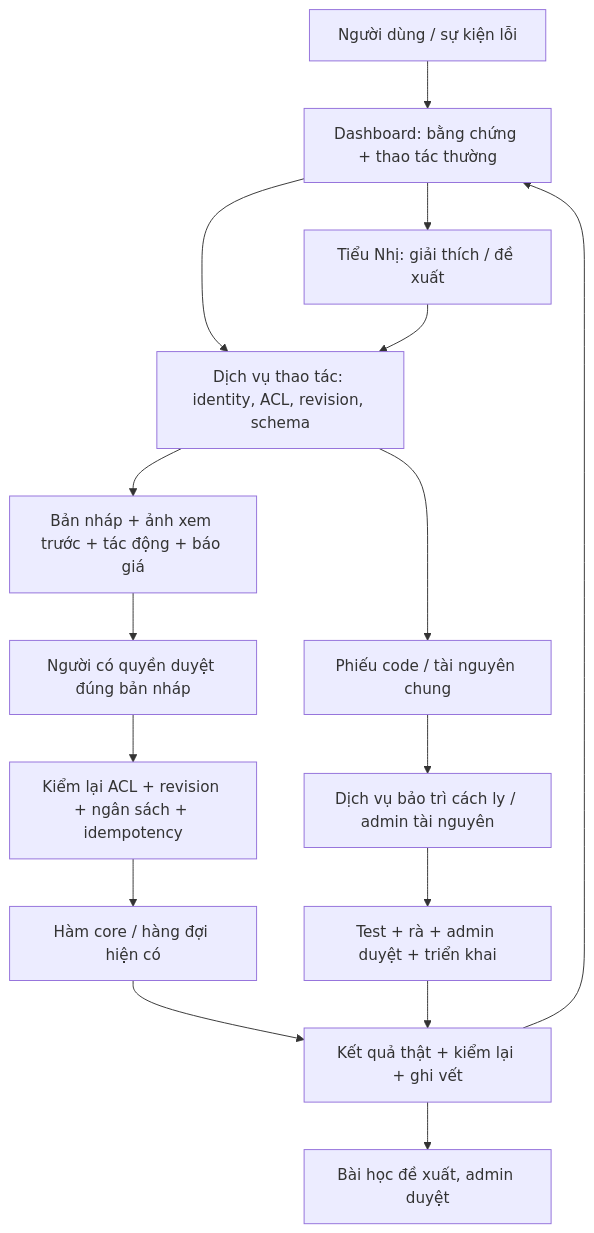
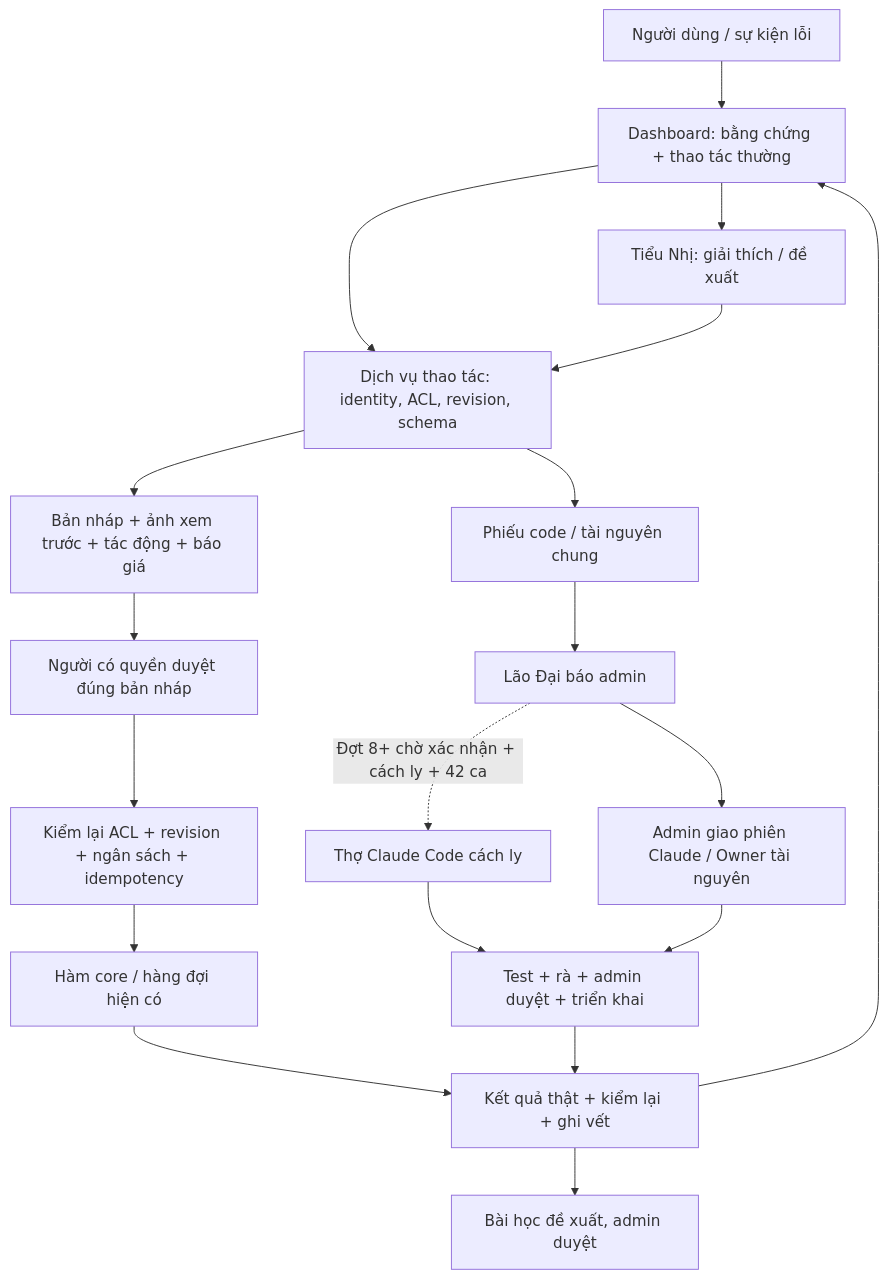
The diagram in docs/NGHIEN_CUU_TU_PHUC_VU_DASHBOARD.md (hongvietdoan-byte/Workflow-t-ng-h-a-quy-tr-nh-l-m-video-AI), drawn with Mermaid before and after one commit. The commit also changed other lines of this file and 3 other files, not shown here.

First line of the commit message:
Đợt 7: chốt thiết kế Tiểu Nhị, Lão Đại và gói gửi theo shot

````diff
--- a/docs/NGHIEN_CUU_TU_PHUC_VU_DASHBOARD.md
+++ b/docs/NGHIEN_CUU_TU_PHUC_VU_DASHBOARD.md
@@ -19,18 +19,21 @@
 ```mermaid
 flowchart TD
   A[Người dùng / sự kiện lỗi] --> B[Dashboard: bằng chứng + thao tác thường]
   B --> C[Dịch vụ thao tác: identity, ACL, revision, schema]
   B --> N[Tiểu Nhị: giải thích / đề xuất]
   N --> C
   C --> D[Bản nháp + ảnh xem trước + tác động + báo giá]
   D --> E[Người có quyền duyệt đúng bản nháp]
   E --> F[Kiểm lại ACL + revision + ngân sách + idempotency]
   F --> G[Hàm core / hàng đợi hiện có]
   G --> H[Kết quả thật + kiểm lại + ghi vết]
   H --> B
   C --> T[Phiếu code / tài nguyên chung]
-  T --> M[Dịch vụ bảo trì cách ly / admin tài nguyên]
+  T --> P[Lão Đại báo admin]
+  P --> M[Admin giao phiên Claude / Owner tài nguyên]
+  P -. Đợt 8+ chờ xác nhận + cách ly + 42 ca .-> W[Thợ Claude Code cách ly]
+  W --> R
   M --> R[Test + rà + admin duyệt + triển khai]
   R --> H
   H --> L[Bài học đề xuất, admin duyệt]
 ```
````
